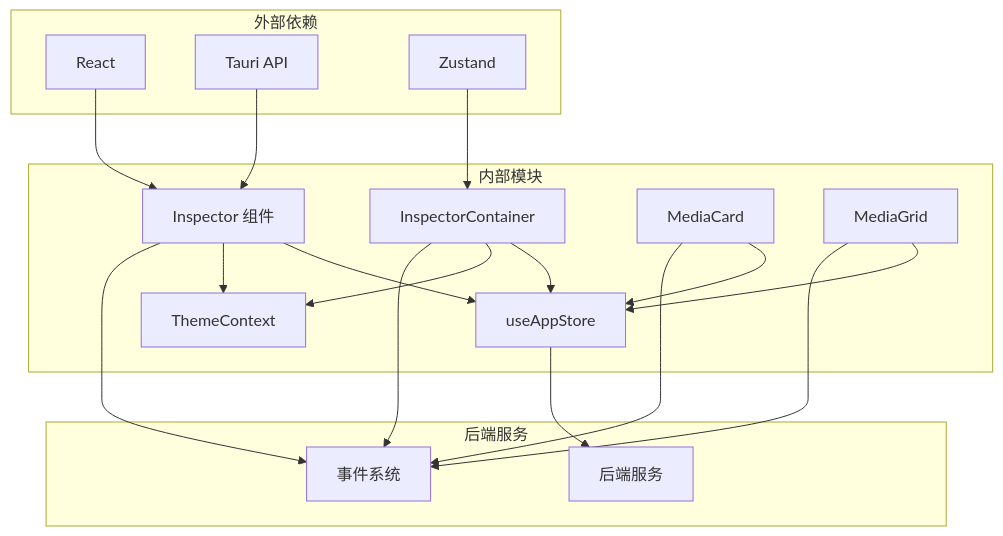
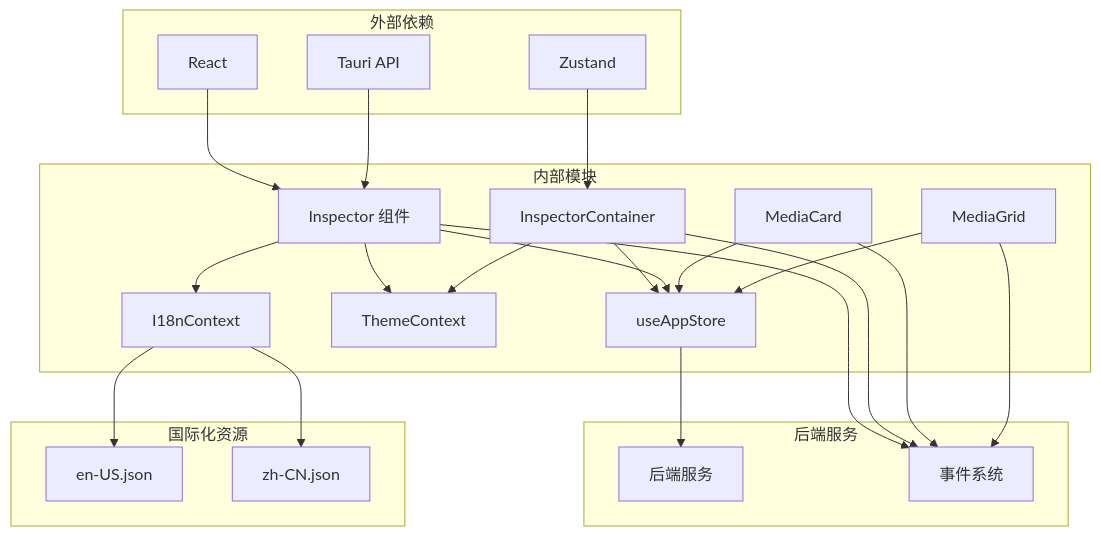
The ninth of 9 diagrams in repowiki/zh/content/前端开发/UI 组件详解/检查器组件 (Inspector).md (YLee9527/Medex), drawn with Mermaid before and after one commit. The commit also changed other lines of this file and 13 other files, not shown here.

````diff
--- a/repowiki/zh/content/前端开发/UI 组件详解/检查器组件 (Inspector).md
+++ b/repowiki/zh/content/前端开发/UI 组件详解/检查器组件 (Inspector).md
@@ -312,34 +482,42 @@
 ```mermaid
 graph TB
 subgraph "外部依赖"
 React[React]
 Tauri[Tauri API]
 Zustand[Zustand]
 end
 subgraph "内部模块"
 Inspector[Inspector 组件]
 Container[InspectorContainer]
 Store[useAppStore]
 Theme[ThemeContext]
 MediaCard[MediaCard]
 MediaGrid[MediaGrid]
+I18n[I18nContext]
 end
 subgraph "后端服务"
 Backend[后端服务]
 Events[事件系统]
+end
+subgraph "国际化资源"
+EnJson[en-US.json]
+ZhJson[zh-CN.json]
 end
 React --> Inspector
 Tauri --> Inspector
 Zustand --> Container
 Container --> Store
 Inspector --> Store
 Inspector --> Theme
+Inspector --> I18n
 Container --> Theme
 MediaCard --> Store
 MediaGrid --> Store
 Store --> Backend
 Inspector --> Events
 Container --> Events
 MediaCard --> Events
 MediaGrid --> Events
+I18n --> EnJson
+I18n --> ZhJson
 ```
````
